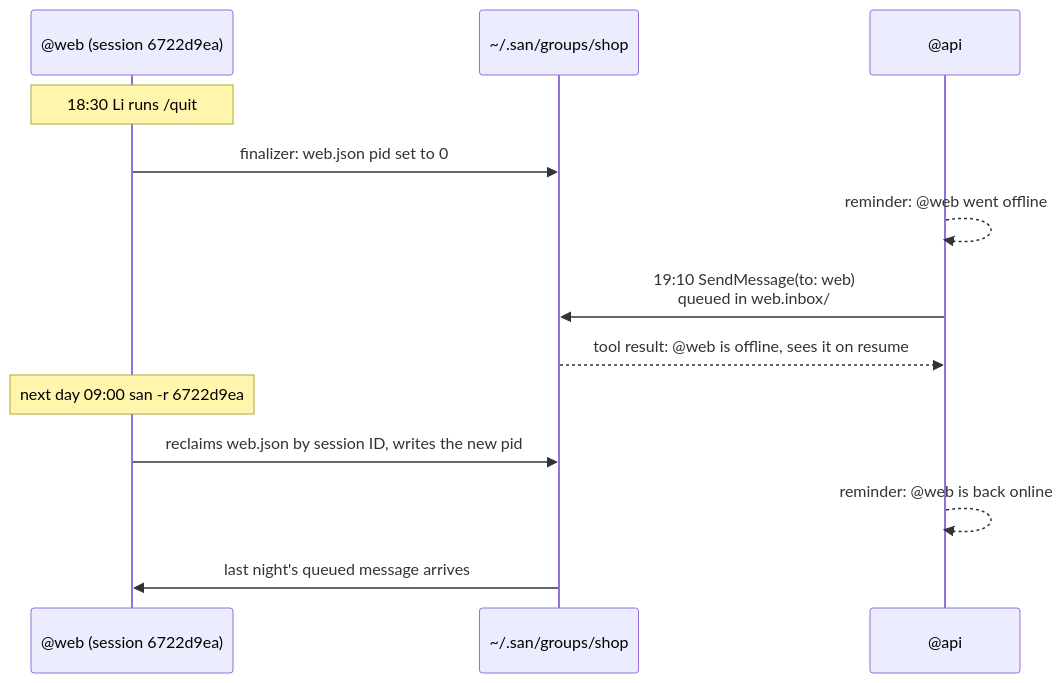
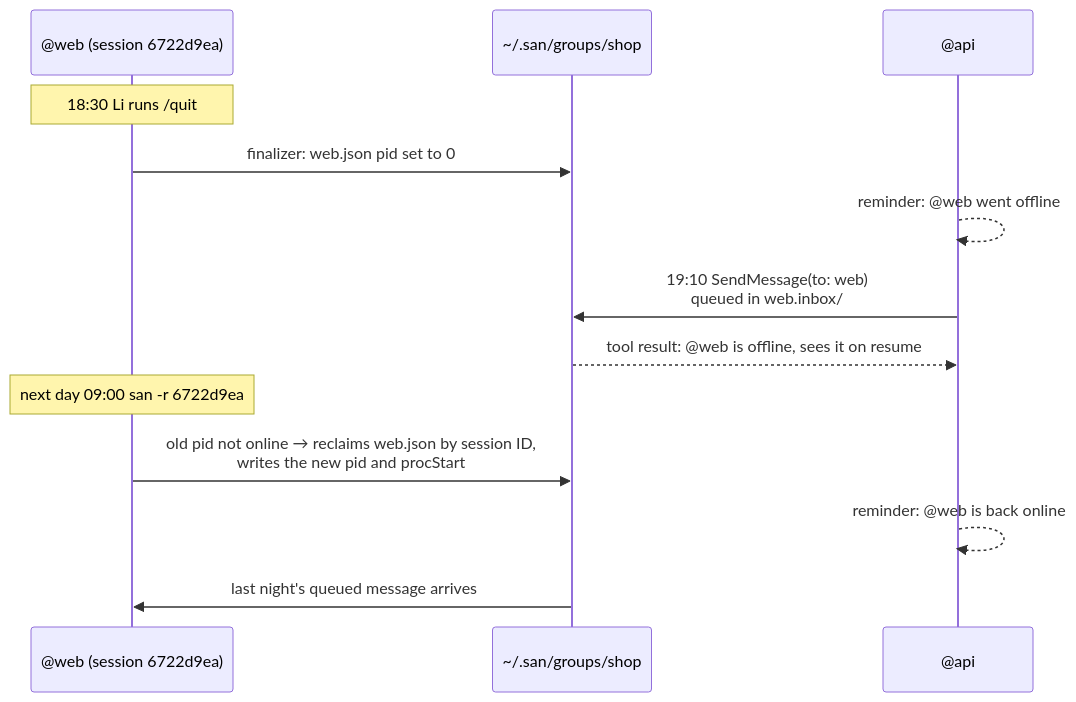
The fourth of 5 diagrams in docs/design/proposals/0003-session-groups.md (genai-io/san), drawn with Mermaid before and after one commit. The commit also changed other lines of this file and 1 other file, not shown here.

````diff
--- a/docs/design/proposals/0003-session-groups.md
+++ b/docs/design/proposals/0003-session-groups.md
@@ -253,15 +259,15 @@
 ```mermaid
 sequenceDiagram
     participant W as @web (session 6722d9ea)
     participant FS as ~/.san/groups/shop
     participant A as @api
     Note over W: 18:30 Li runs /quit
     W->>FS: finalizer: web.json pid set to 0
     A-->>A: reminder: @web went offline
     A->>FS: 19:10 SendMessage(to: web)<br/>queued in web.inbox/
     FS-->>A: tool result: @web is offline, sees it on resume
     Note over W: next day 09:00 san -r 6722d9ea
-    W->>FS: reclaims web.json by session ID, writes the new pid
+    W->>FS: old pid not online → reclaims web.json by session ID,<br/>writes the new pid and procStart
     A-->>A: reminder: @web is back online
     FS->>W: last night's queued message arrives
 ```
````
